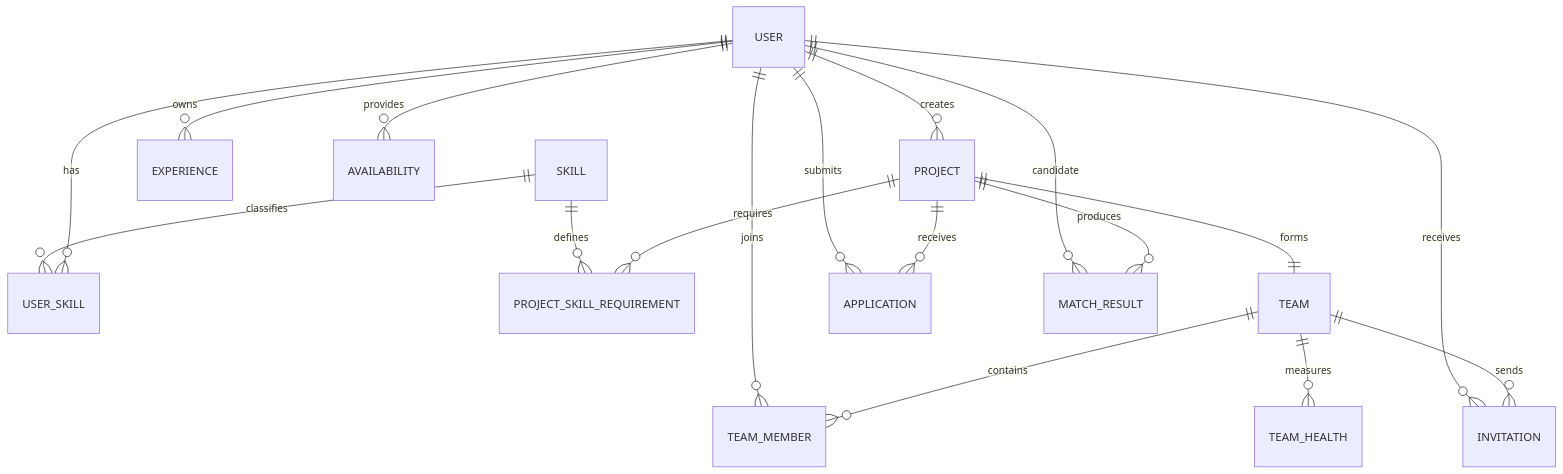
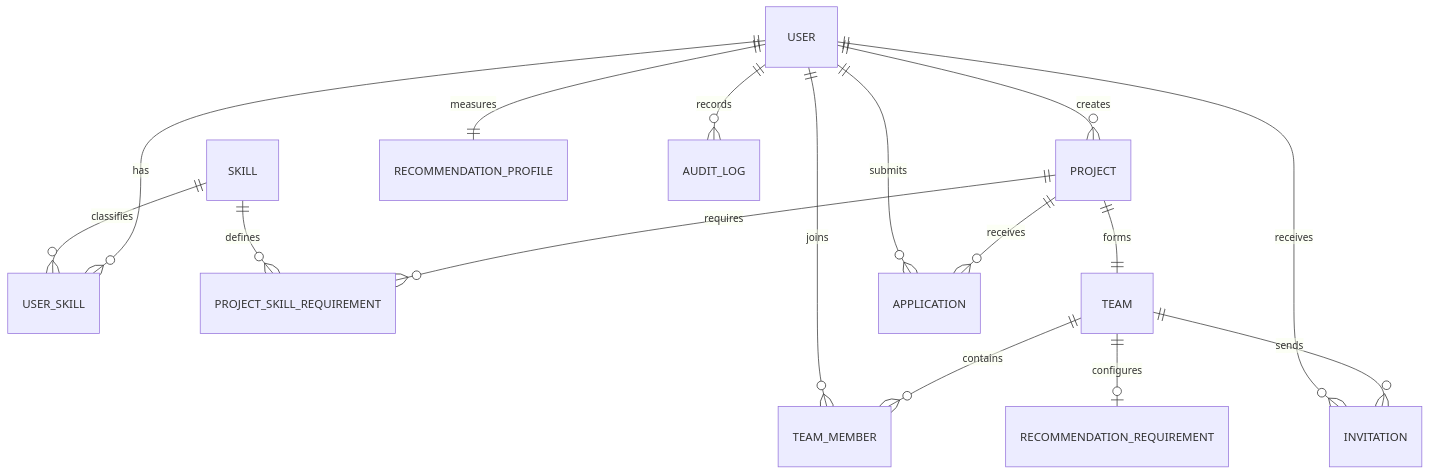
Before and after one commit to xxxioc-116/CampusTeam: the second of 3 diagrams in docs/architecture.md, drawn with Mermaid. The commit also changed other lines of this file and 2 other files, not shown here.

Commit message:
docs(design): complete part B review with current ER split and API examples

````diff
--- a/docs/architecture.md
+++ b/docs/architecture.md
@@ -35,20 +37,18 @@
 ```mermaid
 erDiagram
     USER ||--o{ USER_SKILL : has
     SKILL ||--o{ USER_SKILL : classifies
-    USER ||--o{ EXPERIENCE : owns
-    USER ||--o{ AVAILABILITY : provides
     USER ||--o{ PROJECT : creates
     PROJECT ||--o{ PROJECT_SKILL_REQUIREMENT : requires
     SKILL ||--o{ PROJECT_SKILL_REQUIREMENT : defines
     PROJECT ||--|| TEAM : forms
     TEAM ||--o{ TEAM_MEMBER : contains
     USER ||--o{ TEAM_MEMBER : joins
     PROJECT ||--o{ APPLICATION : receives
     USER ||--o{ APPLICATION : submits
     TEAM ||--o{ INVITATION : sends
     USER ||--o{ INVITATION : receives
-    PROJECT ||--o{ MATCH_RESULT : produces
-    USER ||--o{ MATCH_RESULT : candidate
-    TEAM ||--o{ TEAM_HEALTH : measures
+    USER ||--|| RECOMMENDATION_PROFILE : measures
+    TEAM ||--o| RECOMMENDATION_REQUIREMENT : configures
+    USER ||--o{ AUDIT_LOG : records
 ```
````
